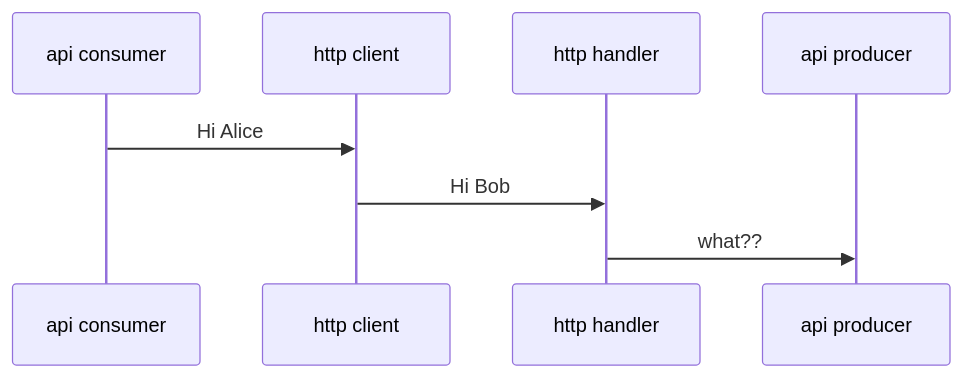
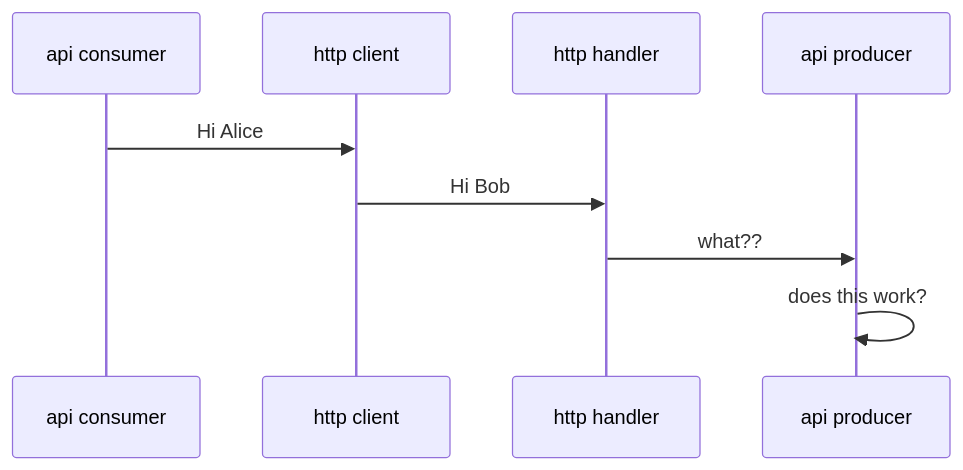
One commit to OData/odata.net changed the diagram in docs/architecture.md. Above: the diagram before and after it, drawn with Mermaid.

````diff
--- a/docs/architecture.md
+++ b/docs/architecture.md
@@ -221,10 +221,11 @@
 ```mermaid
 sequenceDiagram
     participant api consumer
     participant http client
     participant http handler
     participant api producer
     api consumer->>http client: Hi Alice
     http client->>http handler: Hi Bob
     http handler->>api producer: what??
+    api producer->>api producer: does this work?
 ```
````
